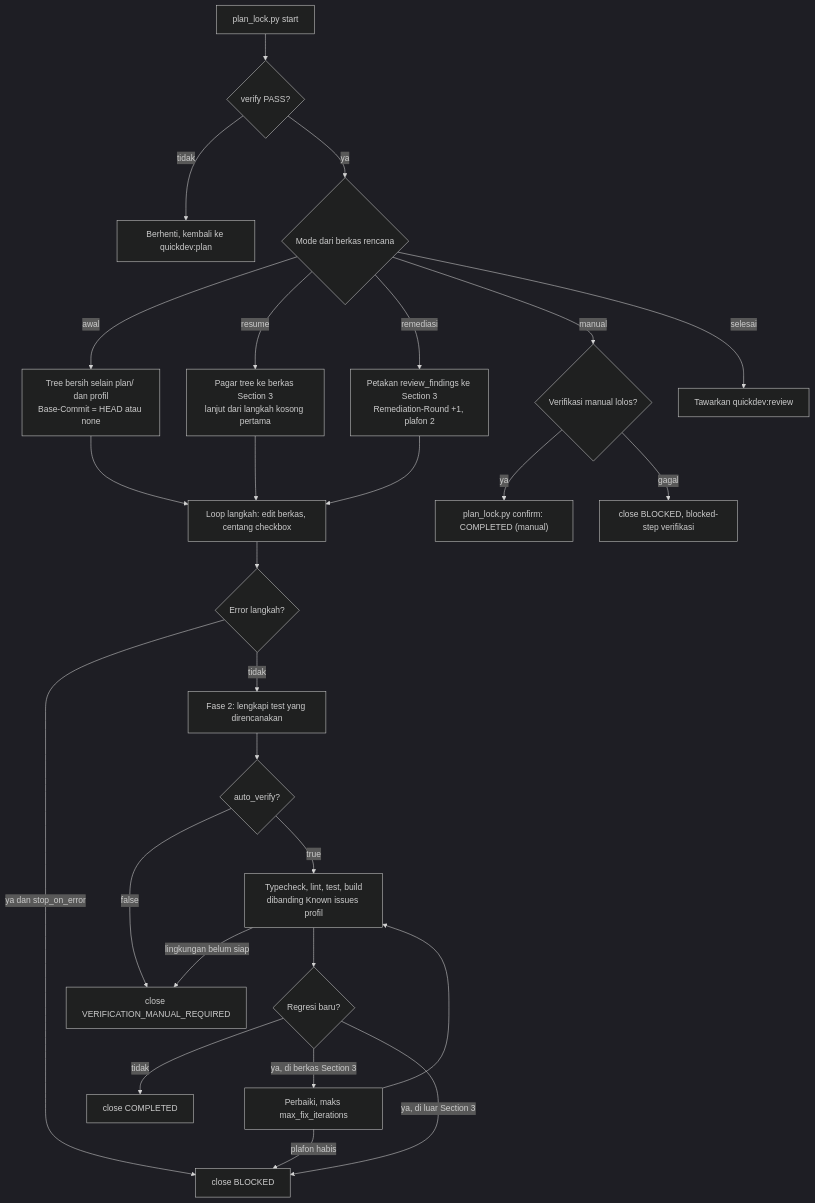
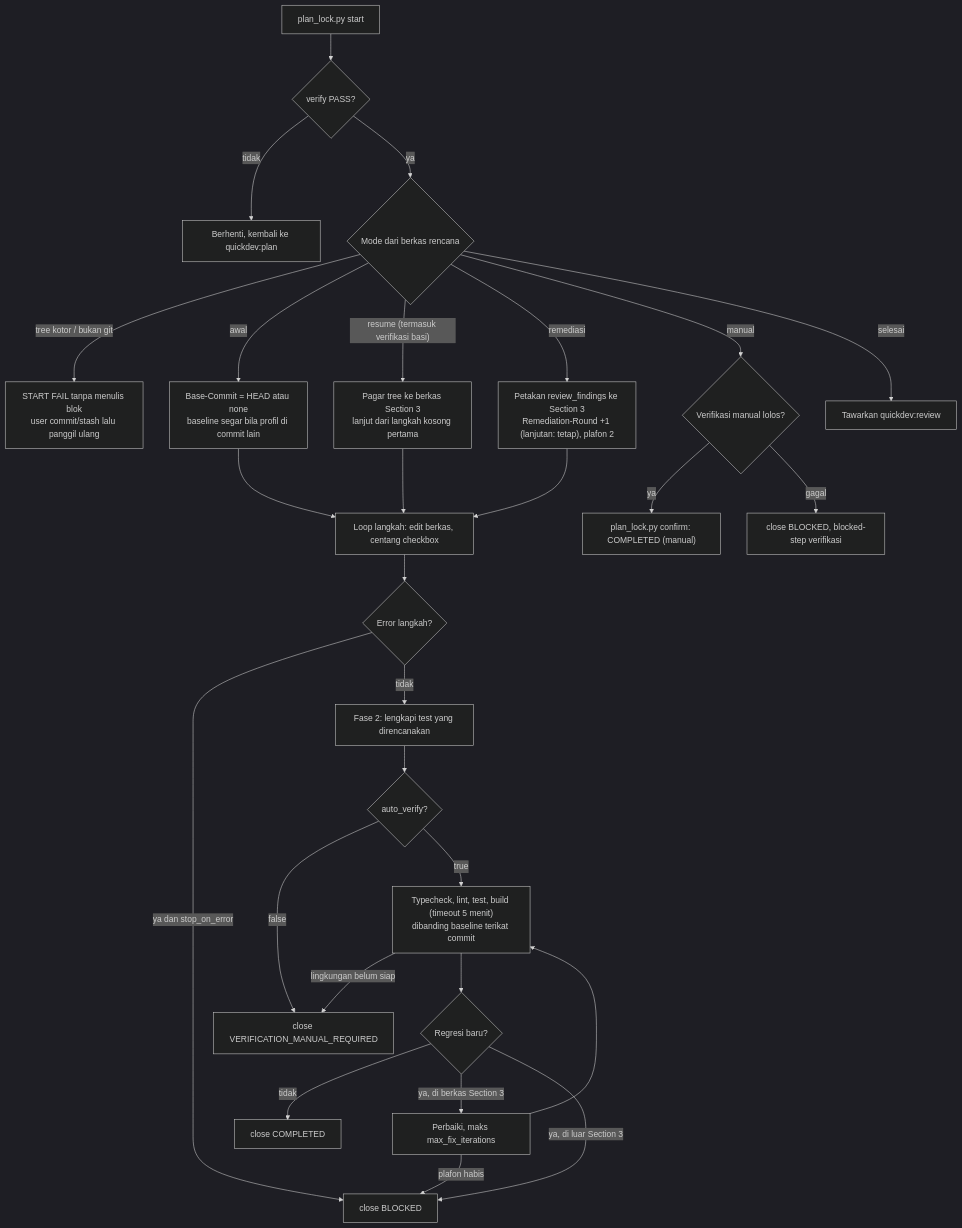
Before and after one commit to nataflow/agentic-workflow: the third of 6 diagrams in flow/quickdev.md, drawn with Mermaid (dark theme). The commit also changed other lines of this file and 13 other files, not shown here.

First line of the commit message:
fix(quickdev): SKILL, template, dan dokumentasi selaras plan_lock; rilis 0.5.0 (13 Q2, Q4–Q6, Q15–Q18)

````diff
--- a/flow/quickdev.md
+++ b/flow/quickdev.md
@@ -232,29 +236,30 @@
 ```mermaid
 flowchart TD
     S["plan_lock.py start"] --> V{"verify PASS?"}
     V -->|tidak| F1["Berhenti, kembali ke quickdev:plan"]
     V -->|ya| M{"Mode dari berkas rencana"}
-    M -->|awal| A["Tree bersih selain plan/ dan profil<br/>Base-Commit = HEAD atau none"]
-    M -->|resume| R["Pagar tree ke berkas Section 3<br/>lanjut dari langkah kosong pertama"]
-    M -->|remediasi| RM["Petakan review_findings ke Section 3<br/>Remediation-Round +1, plafon 2"]
+    M -->|"tree kotor / bukan git"| SF["START FAIL tanpa menulis blok<br/>user commit/stash lalu panggil ulang"]
+    M -->|awal| A["Base-Commit = HEAD atau none<br/>baseline segar bila profil di commit lain"]
+    M -->|"resume (termasuk verifikasi basi)"| R["Pagar tree ke berkas Section 3<br/>lanjut dari langkah kosong pertama"]
+    M -->|remediasi| RM["Petakan review_findings ke Section 3<br/>Remediation-Round +1 (lanjutan: tetap), plafon 2"]
     M -->|manual| MN{"Verifikasi manual lolos?"}
     M -->|selesai| SL["Tawarkan quickdev:review"]
     MN -->|ya| CF["plan_lock.py confirm: COMPLETED (manual)"]
     MN -->|gagal| CB["close BLOCKED, blocked-step verifikasi"]
     A --> L["Loop langkah: edit berkas, centang checkbox"]
     R --> L
     RM --> L
     L --> LE{"Error langkah?"}
     LE -->|"ya dan stop_on_error"| BL["close BLOCKED"]
     LE -->|tidak| T["Fase 2: lengkapi test yang direncanakan"]
     T --> VF{"auto_verify?"}
     VF -->|false| VM["close VERIFICATION_MANUAL_REQUIRED"]
-    VF -->|true| RUN["Typecheck, lint, test, build<br/>dibanding Known issues profil"]
+    VF -->|true| RUN["Typecheck, lint, test, build (timeout 5 menit)<br/>dibanding baseline terikat commit"]
     RUN -->|"lingkungan belum siap"| VM
     RUN --> RG{"Regresi baru?"}
     RG -->|tidak| OK["close COMPLETED"]
     RG -->|"ya, di berkas Section 3"| FX["Perbaiki, maks max_fix_iterations"]
     FX --> RUN
     FX -->|"plafon habis"| BL
     RG -->|"ya, di luar Section 3"| BL
 ```
````
